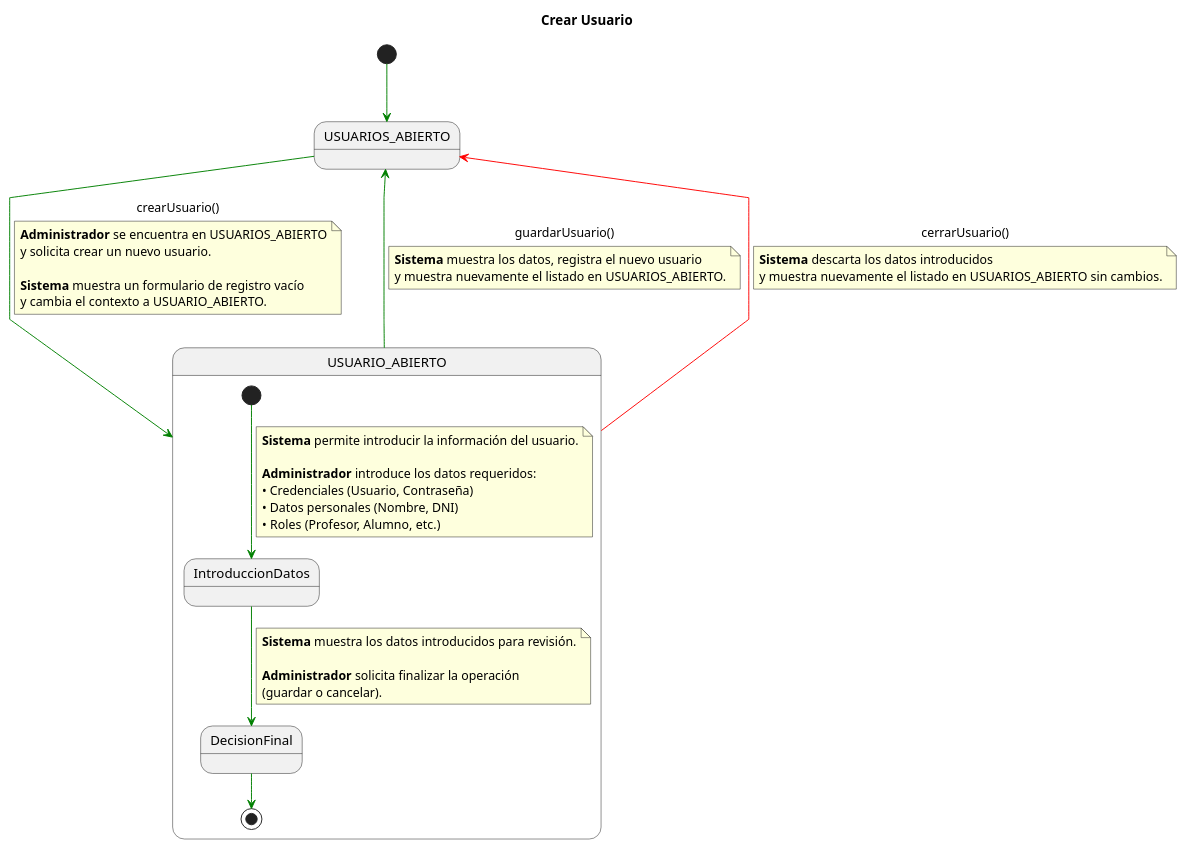
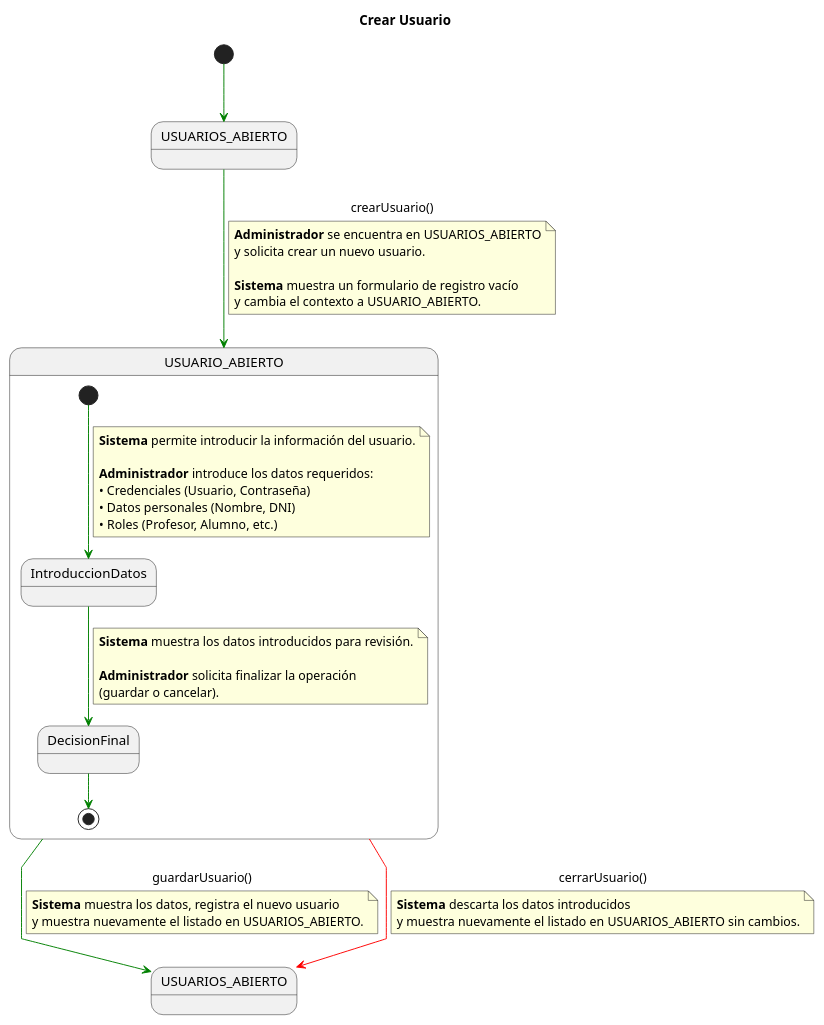
One commit to enmabry/25-26-IdSw1-SdR changed the diagram in documents/CasosDeUso/DetalladoCasosDeUso/Administrador/crearUsuario.puml. Above: the diagram before and after it, drawn with PlantUML. The commit also changed 21 other files, not shown here.

```diff
--- a/documents/CasosDeUso/DetalladoCasosDeUso/Administrador/crearUsuario.puml
+++ b/documents/CasosDeUso/DetalladoCasosDeUso/Administrador/crearUsuario.puml
@@ -1,57 +1,58 @@
 @startuml
 title Crear Usuario
 skinparam linetype polyline
 
 state USUARIOS_ABIERTO_INICIAL  as "USUARIOS_ABIERTO"
+state USUARIOS_ABIERTO_FINAL  as "USUARIOS_ABIERTO"
 state USUARIO_ABIERTO_COMP      as "USUARIO_ABIERTO"
 
 [*] -[#green]-> USUARIOS_ABIERTO_INICIAL
 
 USUARIOS_ABIERTO_INICIAL -[#green]-> USUARIO_ABIERTO_COMP : crearUsuario()
 note on link
 <b>Administrador</b> se encuentra en USUARIOS_ABIERTO
 y solicita crear un nuevo usuario.
 
 <b>Sistema</b> muestra un formulario de registro vacío
 y cambia el contexto a USUARIO_ABIERTO.
 end note
 
 state USUARIO_ABIERTO_COMP as "USUARIO_ABIERTO" {
 
     state IntroduccionDatos
     state DecisionFinal
 
     [*] -[#green]-> IntroduccionDatos
     note on link
     <b>Sistema</b> permite introducir la información del usuario.
 
     <b>Administrador</b> introduce los datos requeridos:
     • Credenciales (Usuario, Contraseña)
     • Datos personales (Nombre, DNI)
     • Roles (Profesor, Alumno, etc.)
     end note
 
     IntroduccionDatos -[#green]-> DecisionFinal
     note on link
     <b>Sistema</b> muestra los datos introducidos para revisión.
 
     <b>Administrador</b> solicita finalizar la operación
     (guardar o cancelar).
     end note
 
     DecisionFinal -[#green]-> [*]
 }
 
-USUARIO_ABIERTO_COMP -[#green]-> USUARIOS_ABIERTO_INICIAL : guardarUsuario()
+USUARIO_ABIERTO_COMP -[#green]-> USUARIOS_ABIERTO_FINAL : guardarUsuario()
 note on link
 <b>Sistema</b> muestra los datos, registra el nuevo usuario
 y muestra nuevamente el listado en USUARIOS_ABIERTO.
 end note
 
-USUARIO_ABIERTO_COMP -[#red]-> USUARIOS_ABIERTO_INICIAL : cerrarUsuario()
+USUARIO_ABIERTO_COMP -[#red]-> USUARIOS_ABIERTO_FINAL : cerrarUsuario()
 note on link
 <b>Sistema</b> descarta los datos introducidos
 y muestra nuevamente el listado en USUARIOS_ABIERTO sin cambios.
 end note
 
 @enduml
```
